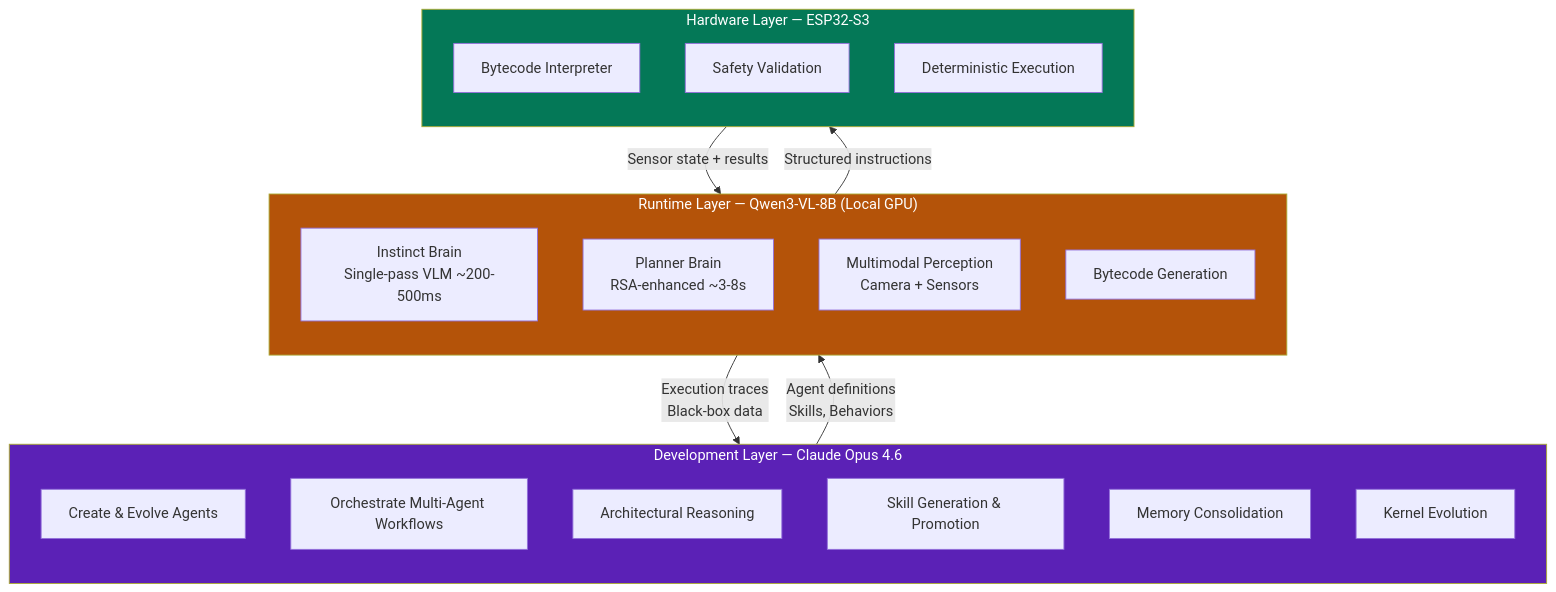
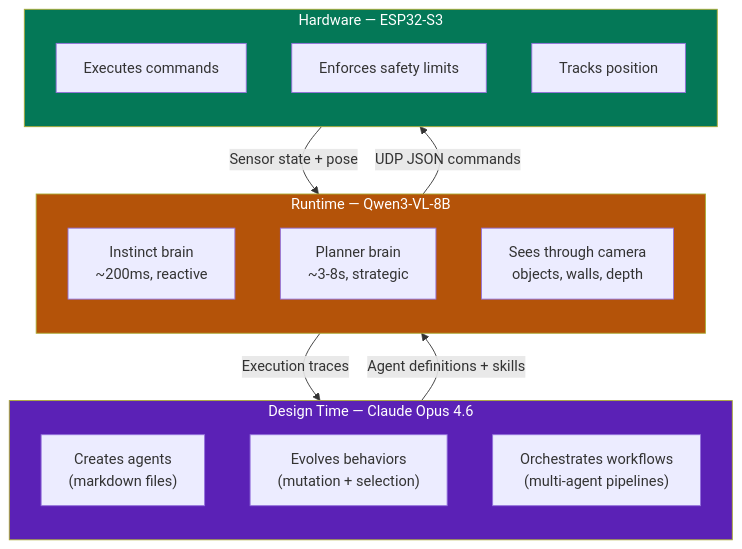
The second of 2 diagrams in README.md (EvolvingAgentsLabs/llmos), drawn with Mermaid before and after one commit. The commit also changed other lines of this file and 6 other files, not shown here.

First line of the commit message:
Rewrite docs for engagement: narrative framing, Mermaid diagrams, Maker Checkpoints

````diff
--- a/README.md
+++ b/README.md
@@ -276,36 +167,32 @@
 ```mermaid
 graph TB
-    subgraph DEV["Development Layer — Claude Opus 4.6"]
+    subgraph DEV["Design Time — Claude Opus 4.6"]
         direction TB
-        CREATE["Create & Evolve Agents"]
-        ORCHESTRATE["Orchestrate Multi-Agent Workflows"]
-        REASON["Architectural Reasoning"]
-        SKILLS["Skill Generation & Promotion"]
-        MEMORY["Memory Consolidation"]
-        KERNEL_MOD["Kernel Evolution"]
+        CREATE["Creates agents<br/>(markdown files)"]
+        EVOLVE["Evolves behaviors<br/>(mutation + selection)"]
+        ORCHESTRATE["Orchestrates workflows<br/>(multi-agent pipelines)"]
     end
 
-    subgraph RUNTIME["Runtime Layer — Qwen3-VL-8B (Local GPU)"]
+    subgraph RUN["Runtime — Qwen3-VL-8B"]
         direction TB
-        INSTINCT["Instinct Brain<br/>Single-pass VLM ~200-500ms"]
-        PLANNER["Planner Brain<br/>RSA-enhanced ~3-8s"]
-        VISION["Multimodal Perception<br/>Camera + Sensors"]
-        BYTECODE_GEN["Bytecode Generation"]
+        INSTINCT["Instinct brain<br/>~200ms, reactive"]
+        PLANNER["Planner brain<br/>~3-8s, strategic"]
+        VISION["Sees through camera<br/>objects, walls, depth"]
     end
 
-    subgraph HW["Hardware Layer — ESP32-S3"]
+    subgraph HW["Hardware — ESP32-S3"]
         direction TB
-        INTERP["Bytecode Interpreter"]
-        SAFETY["Safety Validation"]
-        EXEC["Deterministic Execution"]
+        EXEC["Executes commands"]
+        SAFETY["Enforces safety limits"]
+        ODO["Tracks position"]
     end
 
-    DEV -->|"Agent definitions<br/>Skills, Behaviors"| RUNTIME
-    RUNTIME -->|"Execution traces<br/>Black-box data"| DEV
-    RUNTIME -->|"Structured instructions"| HW
-    HW -->|"Sensor state + results"| RUNTIME
+    DEV -->|"Agent definitions + skills"| RUN
+    RUN -->|"Execution traces"| DEV
+    RUN -->|"UDP JSON commands"| HW
+    HW -->|"Sensor state + pose"| RUN
 
     style DEV fill:#5b21b6,color:#fff
-    style RUNTIME fill:#b45309,color:#fff
+    style RUN fill:#b45309,color:#fff
     style HW fill:#047857,color:#fff
 ```
````
